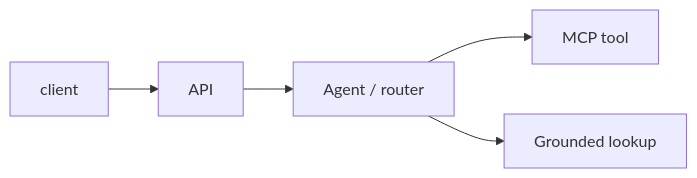
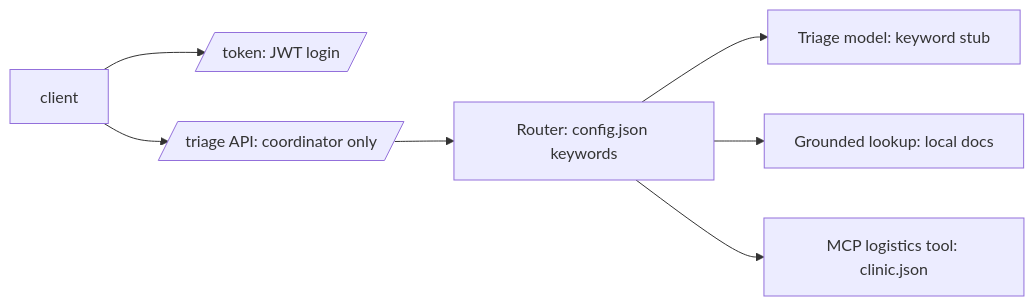
The diagram in docs/architecture.md (michaelkeror-debug/module4-capstone), drawn with Mermaid before and after one commit. The commit also changed other lines of this file and 6 other files, not shown here.

Commit message:
Fill architecture, deployment, cost analysis and build checkpoint

````diff
--- a/docs/architecture.md
+++ b/docs/architecture.md
@@ -5,7 +4,9 @@
 ```mermaid
 flowchart LR
-  client --> api[API]
-  api --> agent[Agent / router]
-  agent --> tool[MCP tool]
-  agent --> rag[Grounded lookup]
+  client --> token[/token: JWT login/]
+  client --> api[/triage API: coordinator only/]
+  api --> agent[Router: config.json keywords]
+  agent --> triage[Triage model: keyword stub]
+  agent --> rag[Grounded lookup: local docs]
+  agent --> tool[MCP logistics tool: clinic.json]
 ```
````
